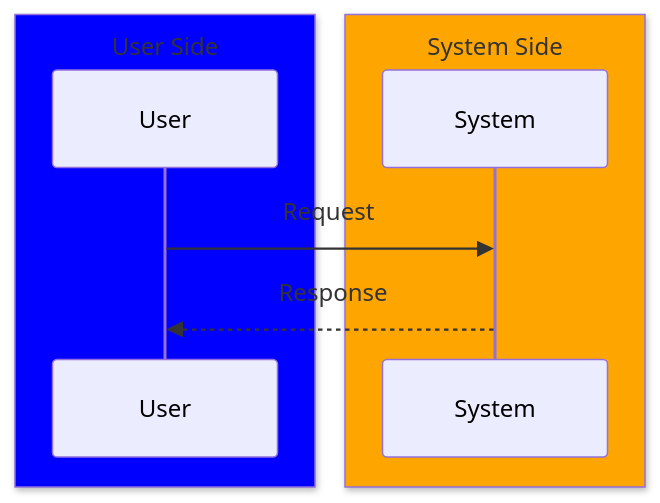
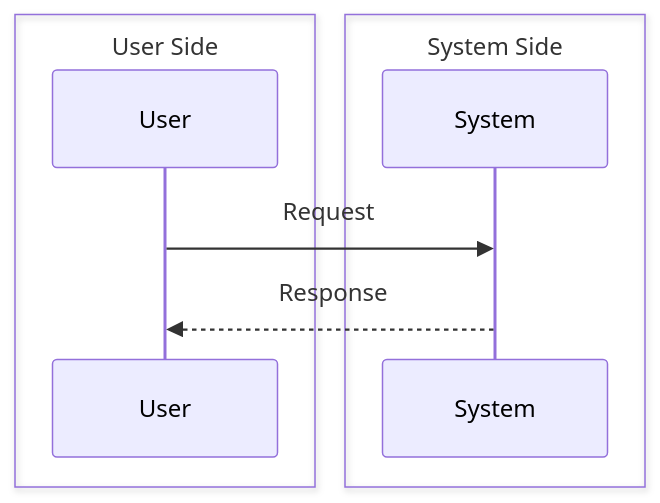
The first of 4 diagrams in repo-governance/conventions/formatting/diagrams/common-syntax-errors-style-commands-and-participant-syntax.md (wahidyankf/ose-public), drawn with Mermaid before and after one commit. The commit also changed 50 other files, not shown here.

First line of the commit message:
fix(mermaid): bring the docs, governance, plans, and legacy AI diagrams onto the accessible palette

````diff
--- a/repo-governance/conventions/formatting/diagrams/common-syntax-errors-style-commands-and-participant-syntax.md
+++ b/repo-governance/conventions/formatting/diagrams/common-syntax-errors-style-commands-and-participant-syntax.md
@@ -30,14 +30,14 @@
 ```mermaid
 sequenceDiagram
     accTitle: Error 4: Style Commands in Sequence Diagrams
     accDescr: User sends Request to System; System sends Response to User.
-    box Blue User Side
+    box User Side
         participant User
     end
-    box Orange System Side
+    box System Side
         participant System
     end
 
     User->>System: Request
     System-->>User: Response
 ```
````
